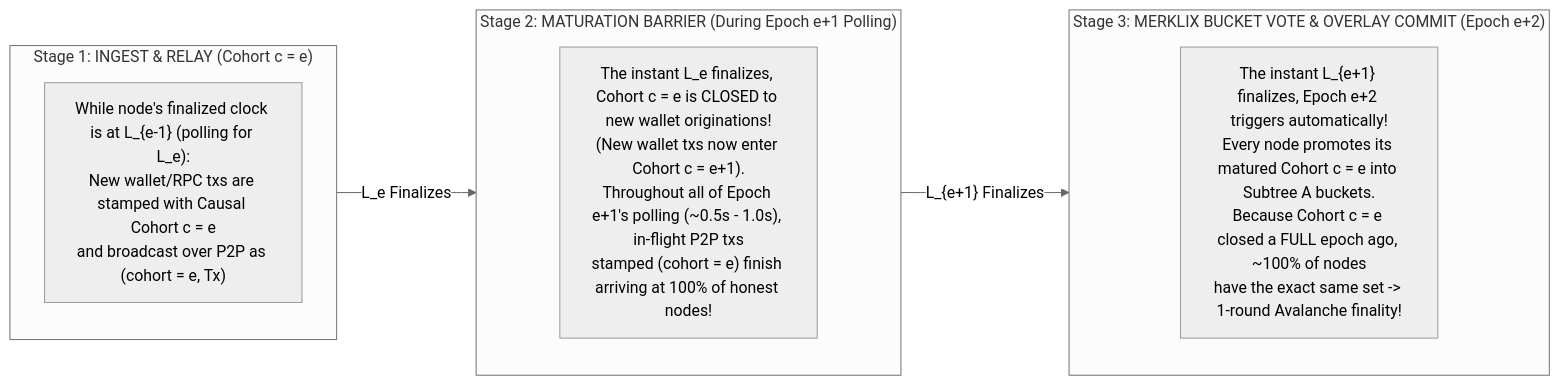
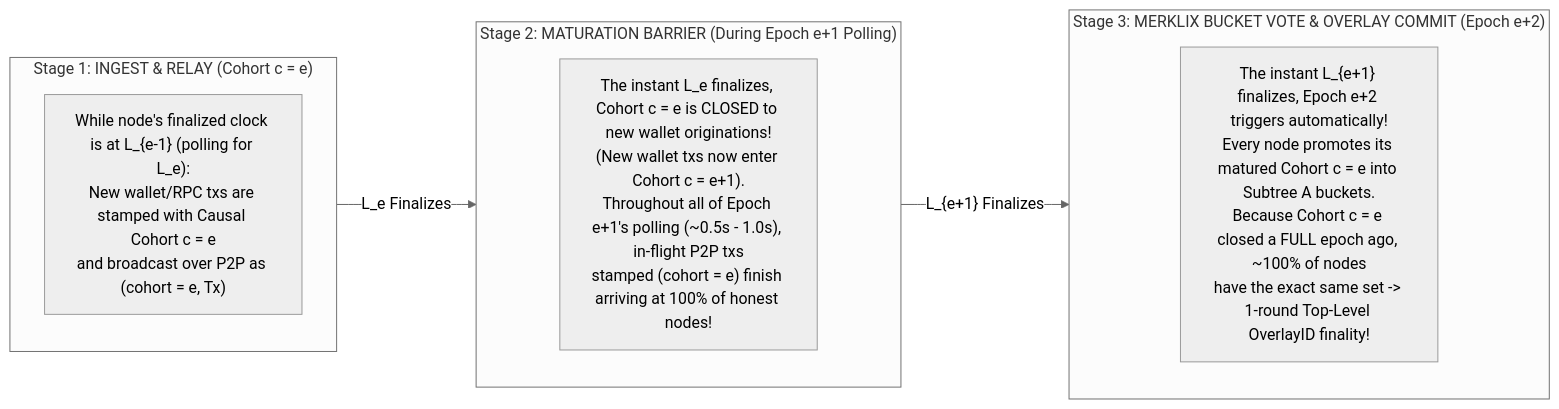
Before and after one commit to givelotus/lotus: the third of 7 diagrams in docs/plans/lotus-v2-bulk-preconsensus-and-mempool-overlays.md, drawn with Mermaid (neutral theme). The commit also changed other lines of this file, not shown here.

Commit message:
docs(v2): add adaptive top-down Merklix polling and per-tx bandwidth crossover proof

````diff
--- a/docs/plans/lotus-v2-bulk-preconsensus-and-mempool-overlays.md
+++ b/docs/plans/lotus-v2-bulk-preconsensus-and-mempool-overlays.md
@@ -199,17 +259,17 @@
 ```mermaid
 flowchart LR
     subgraph Stage1["Stage 1: INGEST & RELAY (Cohort c = e)"]
         S1["While node's finalized clock is at L_{e-1} (polling for L_e):<br/>New wallet/RPC txs are stamped with Causal Cohort c = e<br/>and broadcast over P2P as (cohort = e, Tx)"]
     end
 
     subgraph Stage2["Stage 2: MATURATION BARRIER (During Epoch e+1 Polling)"]
         S2["The instant L_e finalizes, Cohort c = e is CLOSED to new wallet originations!<br/>(New wallet txs now enter Cohort c = e+1).<br/>Throughout all of Epoch e+1's polling (~0.5s - 1.0s), in-flight P2P txs<br/>stamped (cohort = e) finish arriving at 100% of honest nodes!"]
     end
 
     subgraph Stage3["Stage 3: MERKLIX BUCKET VOTE & OVERLAY COMMIT (Epoch e+2)"]
-        S3["The instant L_{e+1} finalizes, Epoch e+2 triggers automatically!<br/>Every node promotes its matured Cohort c = e into Subtree A buckets.<br/>Because Cohort c = e closed a FULL epoch ago, ~100% of nodes<br/>have the exact same set -> 1-round Avalanche finality!"]
+        S3["The instant L_{e+1} finalizes, Epoch e+2 triggers automatically!<br/>Every node promotes its matured Cohort c = e into Subtree A buckets.<br/>Because Cohort c = e closed a FULL epoch ago, ~100% of nodes<br/>have the exact same set -> 1-round Top-Level OverlayID finality!"]
     end
 
     Stage1 -->|"L_e Finalizes"| Stage2
     Stage2 -->|"L_{e+1} Finalizes"| Stage3
 ```
````
